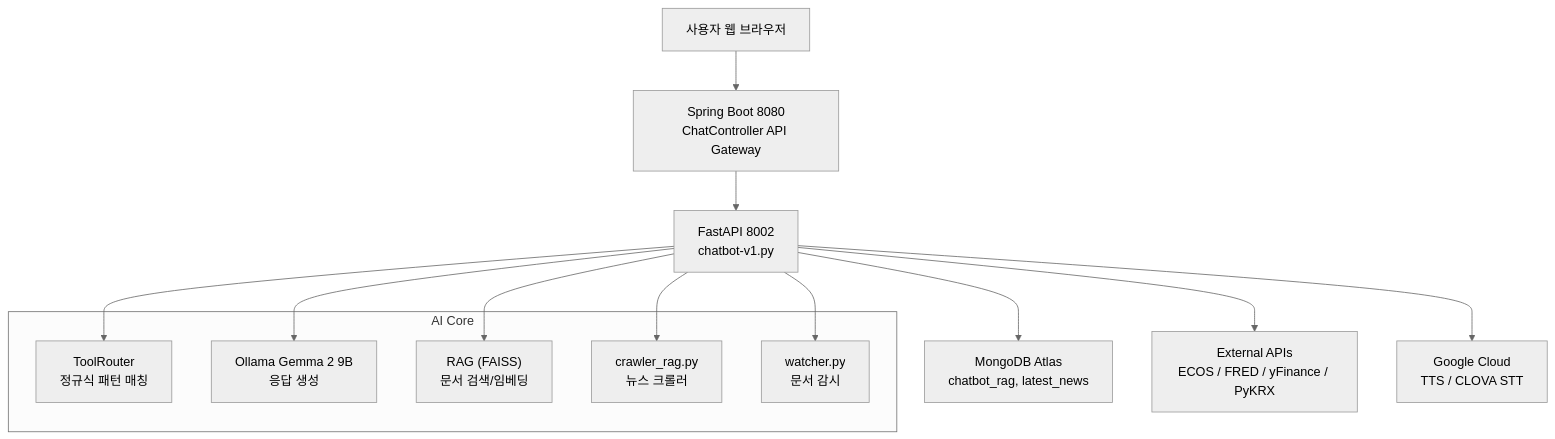
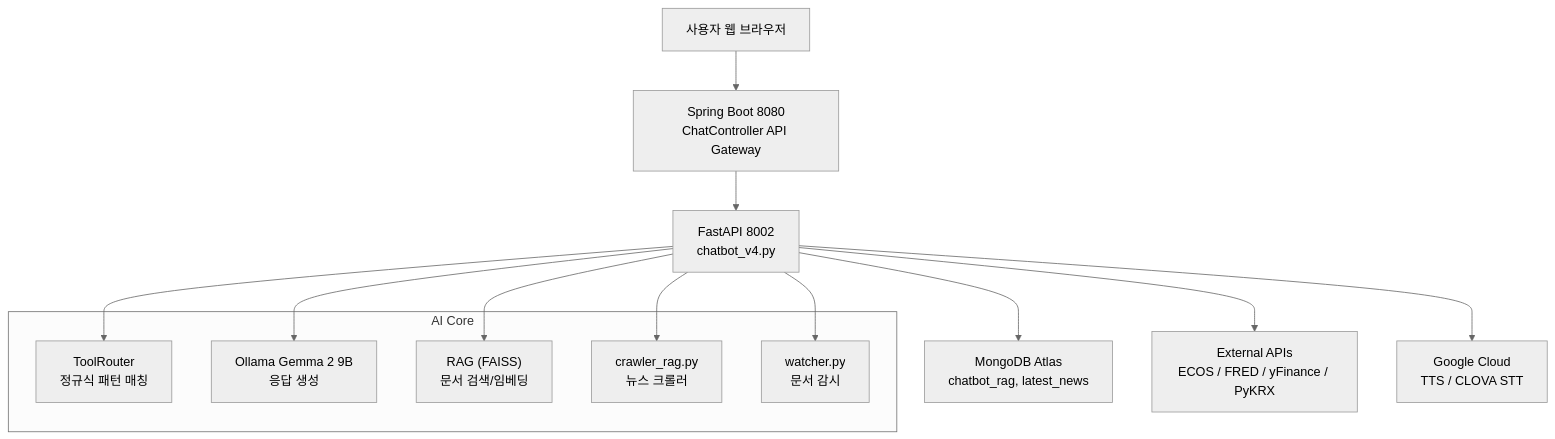
Before and after one commit to yooseungmin9/yoo-chatbot-v1: the diagram in fastapi/chatbot/README.md, drawn with Mermaid (neutral theme). The commit also changed other lines of this file and 15 other files, not shown here.

````diff
--- a/fastapi/chatbot/README.md
+++ b/fastapi/chatbot/README.md
@@ -3,20 +3,20 @@
 ```mermaid
 graph TD
     U["사용자 웹 브라우저"] --> SB["Spring Boot 8080<br>ChatController API Gateway"]
-    SB --> FA["FastAPI 8002<br>chatbot-v1.py"]
+    SB --> FA["FastAPI 8002<br>chatbot_v4.py"]
     subgraph "AI Core"
         TR["ToolRouter<br>정규식 패턴 매칭"]
         OL["Ollama Gemma 2 9B<br>응답 생성"]
         RG["RAG (FAISS)<br>문서 검색/임베딩"]
         CR["crawler_rag.py<br>뉴스 크롤러"]
         WT["watcher.py<br>문서 감시"]
     end
     FA --> TR
     FA --> OL
     FA --> RG
     FA --> CR
     FA --> WT
     FA --> MDB["MongoDB Atlas<br>chatbot_rag, latest_news"]
     FA --> API["External APIs<br>ECOS / FRED / yFinance / PyKRX"]
     FA --> GC["Google Cloud<br>TTS / CLOVA STT"]
 ```
````
